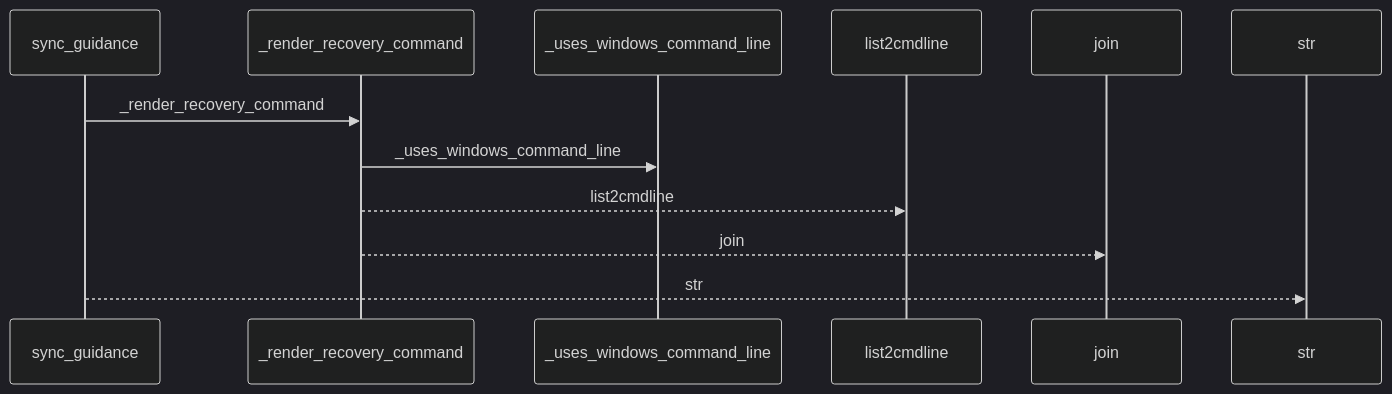
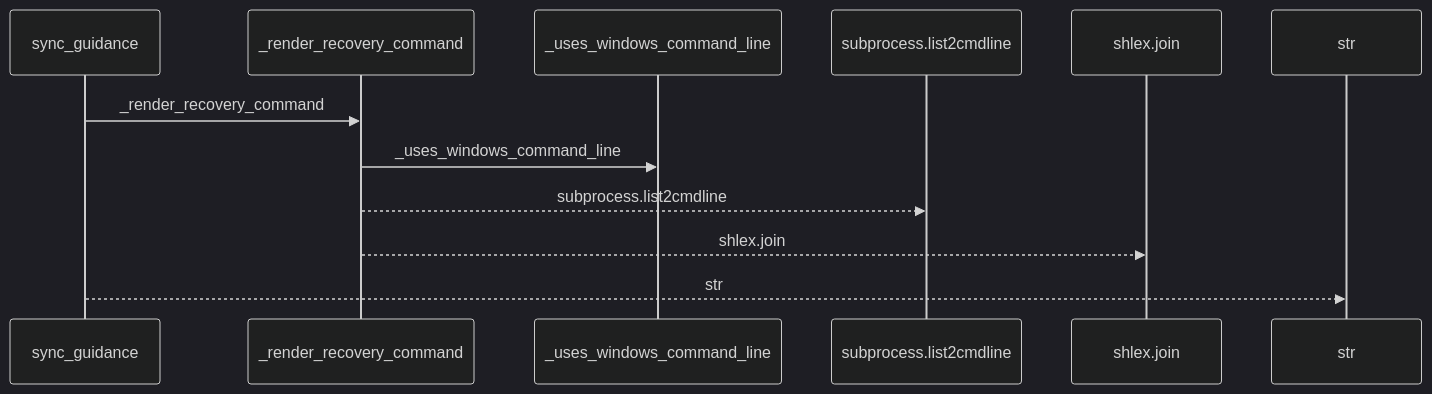
Before and after one commit to Denissvgn/python-wiki-llm: the first of 2 diagrams in docs/llm_wiki/flows/api-sync_guidance.md, drawn with Mermaid (dark theme). The commit also changed other lines of this file and 719 other files, not shown here.

````diff
--- a/docs/llm_wiki/flows/api-sync_guidance.md
+++ b/docs/llm_wiki/flows/api-sync_guidance.md
@@ -10,14 +10,14 @@
 ```mermaid
 sequenceDiagram
     participant p0 as sync_guidance
     participant p1 as _render_recovery_command
     participant p2 as _uses_windows_command_line
-    participant p3 as list2cmdline
-    participant p4 as join
+    participant p3 as subprocess.list2cmdline
+    participant p4 as shlex.join
     participant p5 as str
     p0->>p1: _render_recovery_command
     p1->>p2: _uses_windows_command_line
-    p1-->>p3: list2cmdline
-    p1-->>p4: join
+    p1-->>p3: subprocess.list2cmdline
+    p1-->>p4: shlex.join
     p0-->>p5: str
 ```
````
